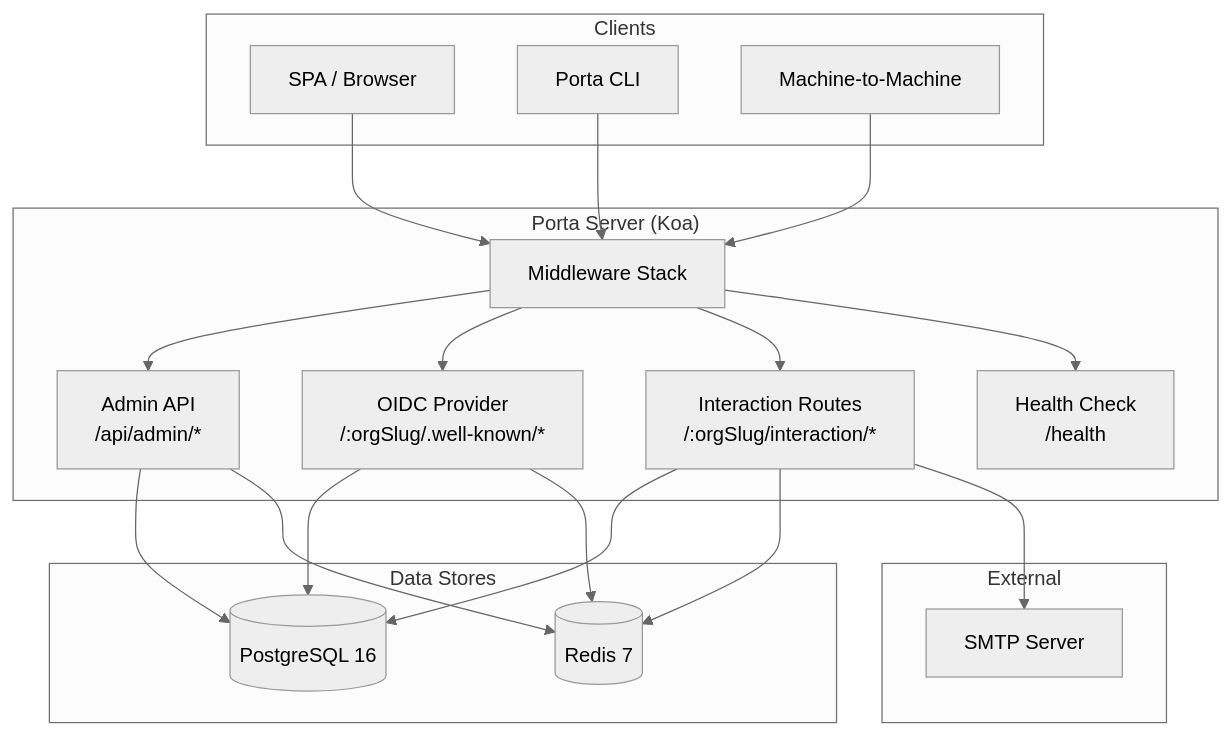
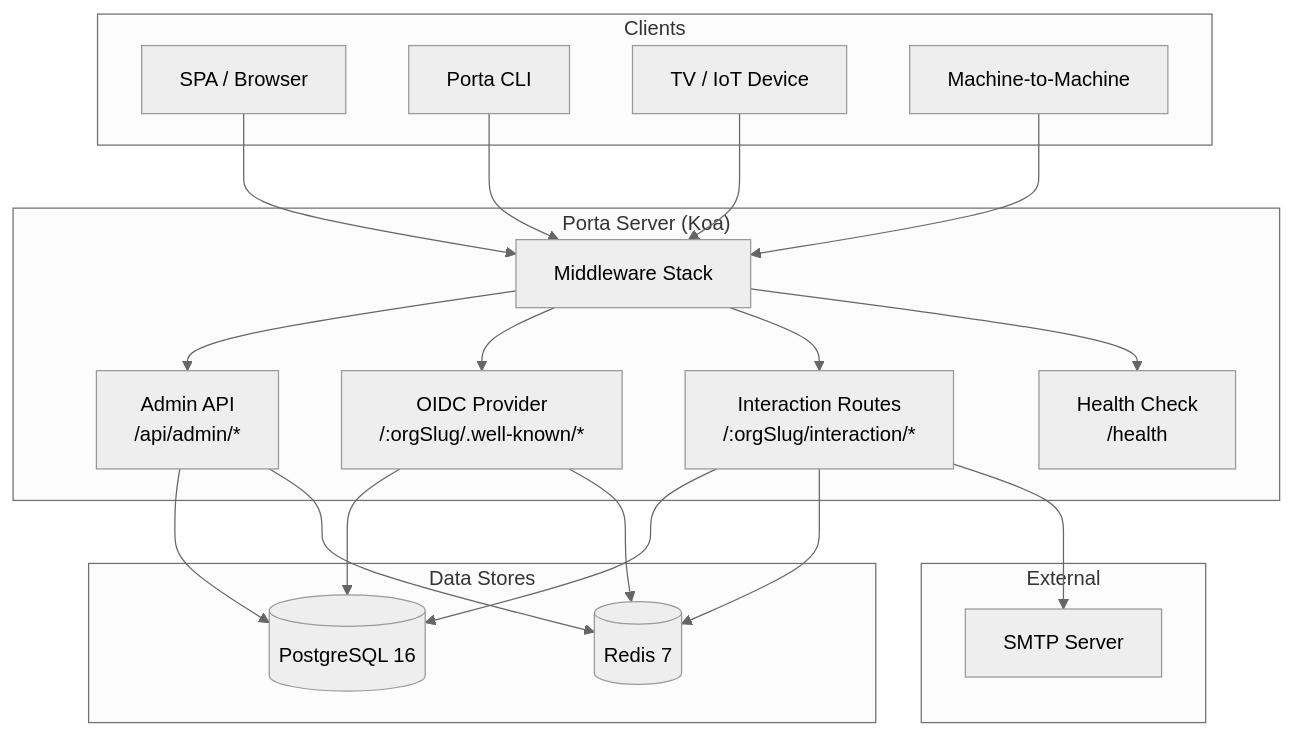
Before and after one commit to blendsdk/porta-identity: the first of 3 diagrams in techdocs/architecture/system-overview.md, drawn with Mermaid (neutral theme). The commit also changed other lines of this file and 30 other files, not shown here.

````diff
--- a/techdocs/architecture/system-overview.md
+++ b/techdocs/architecture/system-overview.md
@@ -9,40 +9,42 @@
 ```mermaid
 graph TB
     subgraph Clients
         SPA[SPA / Browser]
         CLI[Porta CLI]
+        DEVICE[TV / IoT Device]
         M2M[Machine-to-Machine]
     end
 
     subgraph "Porta Server (Koa)"
         MW[Middleware Stack]
         ADMIN[Admin API<br/>/api/admin/*]
         OIDC[OIDC Provider<br/>/:orgSlug/.well-known/*]
         INT[Interaction Routes<br/>/:orgSlug/interaction/*]
         HEALTH[Health Check<br/>/health]
     end
 
     subgraph "Data Stores"
         PG[(PostgreSQL 16)]
         RD[(Redis 7)]
     end
 
     subgraph "External"
         SMTP[SMTP Server]
     end
 
     SPA --> MW
     CLI --> MW
+    DEVICE --> MW
     M2M --> MW
     MW --> ADMIN
     MW --> OIDC
     MW --> INT
     MW --> HEALTH
     ADMIN --> PG
     ADMIN --> RD
     OIDC --> PG
     OIDC --> RD
     INT --> PG
     INT --> RD
     INT --> SMTP
 ```
````
